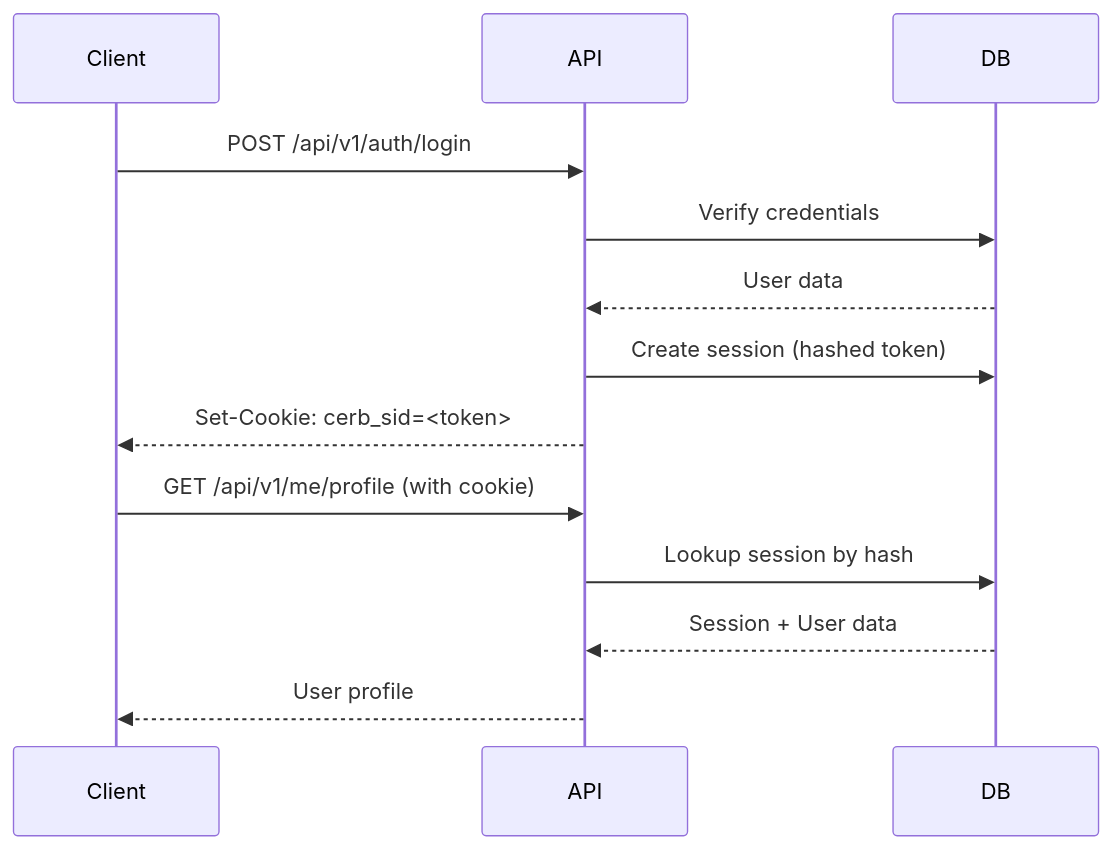
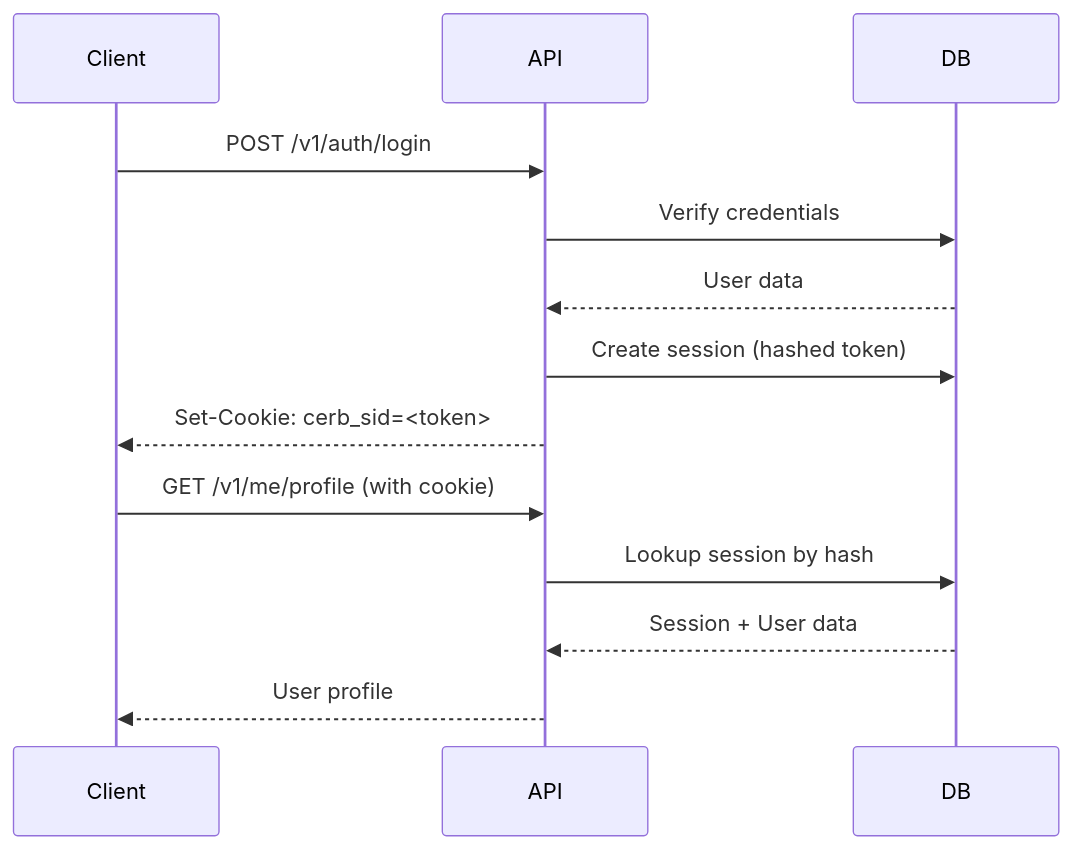
The diagram in architecture/security.md (cerberus-iam/docs), drawn with Mermaid before and after one commit. The commit also changed other lines of this file and 53 other files, not shown here.

````diff
--- a/architecture/security.md
+++ b/architecture/security.md
@@ -102,17 +102,17 @@
 ```mermaid
 sequenceDiagram
     participant Client
     participant API
     participant DB
 
-    Client->>API: POST /api/v1/auth/login
+    Client->>API: POST /v1/auth/login
     API->>DB: Verify credentials
     DB-->>API: User data
     API->>DB: Create session (hashed token)
     API-->>Client: Set-Cookie: cerb_sid=<token>
 
-    Client->>API: GET /api/v1/me/profile (with cookie)
+    Client->>API: GET /v1/me/profile (with cookie)
     API->>DB: Lookup session by hash
     DB-->>API: Session + User data
     API-->>Client: User profile
 ```
````
